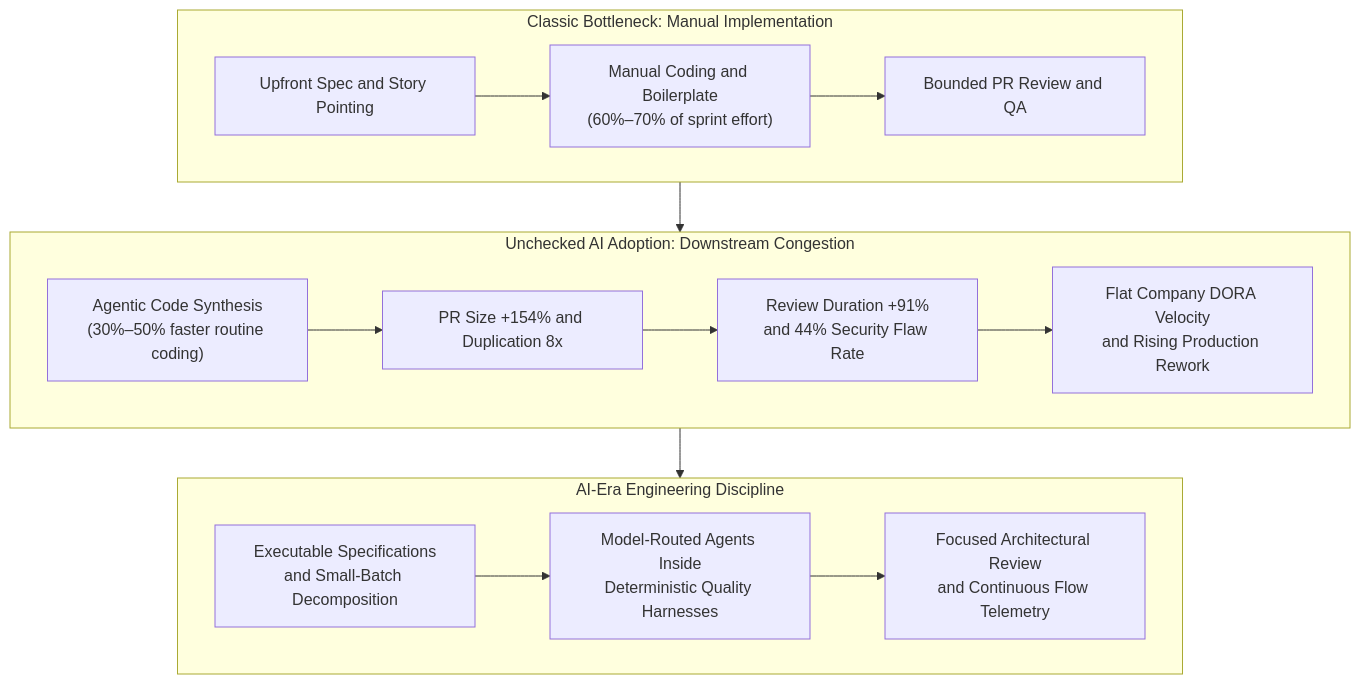
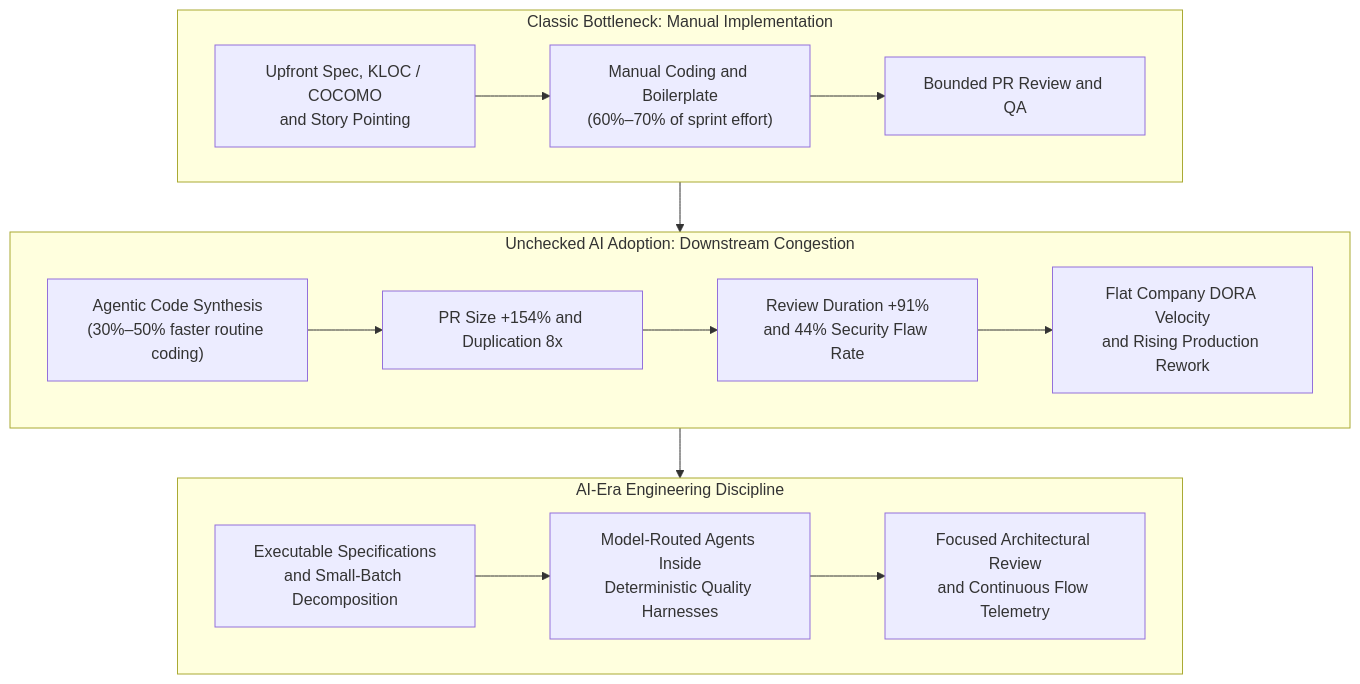
One commit to marcelomiyake/marcelomiyake.github.io changed the first of 3 diagrams in _posts/2026-10-27-software-engineering-economics-ai-era.markdown. Above: the diagram before and after it, drawn with Mermaid. The commit also changed other lines of this file and 1 other file, not shown here.

First line of the commit message:
docs(posts): add COCOMO and Function Point sizing to the economics post

````diff
--- a/_posts/2026-10-27-software-engineering-economics-ai-era.markdown
+++ b/_posts/2026-10-27-software-engineering-economics-ai-era.markdown
@@ -17,23 +17,23 @@
 ```mermaid
 flowchart TD
     accTitle: How AI coding tools relocate the primary constraint in the software lifecycle
-    accDescr: AI coding agents compress manual boilerplate and syntax generation by 30 to 50 percent, inflating pull request size and volume. Without specification gates and deterministic harnesses, the surplus code accumulates in human review queues, security remediation, and production rework.
+    accDescr: AI coding agents compress manual boilerplate and syntax generation by 30 to 50 percent, inflating physical line counts and pull request volume. Without specification gates and deterministic harnesses, the surplus code breaks KLOC and story-point estimates while accumulating in human review queues, security remediation, and production rework.
     subgraph PreAI ["Classic Bottleneck: Manual Implementation"]
-        SpecOld["Upfront Spec and Story Pointing"] --> CodeOld["Manual Coding and Boilerplate<br/>(60%–70% of sprint effort)"]
+        SpecOld["Upfront Spec, KLOC / COCOMO<br/>and Story Pointing"] --> CodeOld["Manual Coding and Boilerplate<br/>(60%–70% of sprint effort)"]
         CodeOld --> ReviewOld["Bounded PR Review and QA"]
     end
 
     subgraph UncheckedAI ["Unchecked AI Adoption: Downstream Congestion"]
         FastGen["Agentic Code Synthesis<br/>(30%–50% faster routine coding)"] --> Bloat["PR Size +154% and Duplication 8x"]
         Bloat --> Queue["Review Duration +91%<br/>and 44% Security Flaw Rate"]
         Queue --> Rework["Flat Company DORA Velocity<br/>and Rising Production Rework"]
     end
 
     subgraph DisciplinedAI ["AI-Era Engineering Discipline"]
         SpecGate["Executable Specifications<br/>and Small-Batch Decomposition"] --> Harness["Model-Routed Agents Inside<br/>Deterministic Quality Harnesses"]
         Harness --> HumanVerify["Focused Architectural Review<br/>and Continuous Flow Telemetry"]
     end
 
     PreAI --> UncheckedAI
     UncheckedAI --> DisciplinedAI
 ```
````
